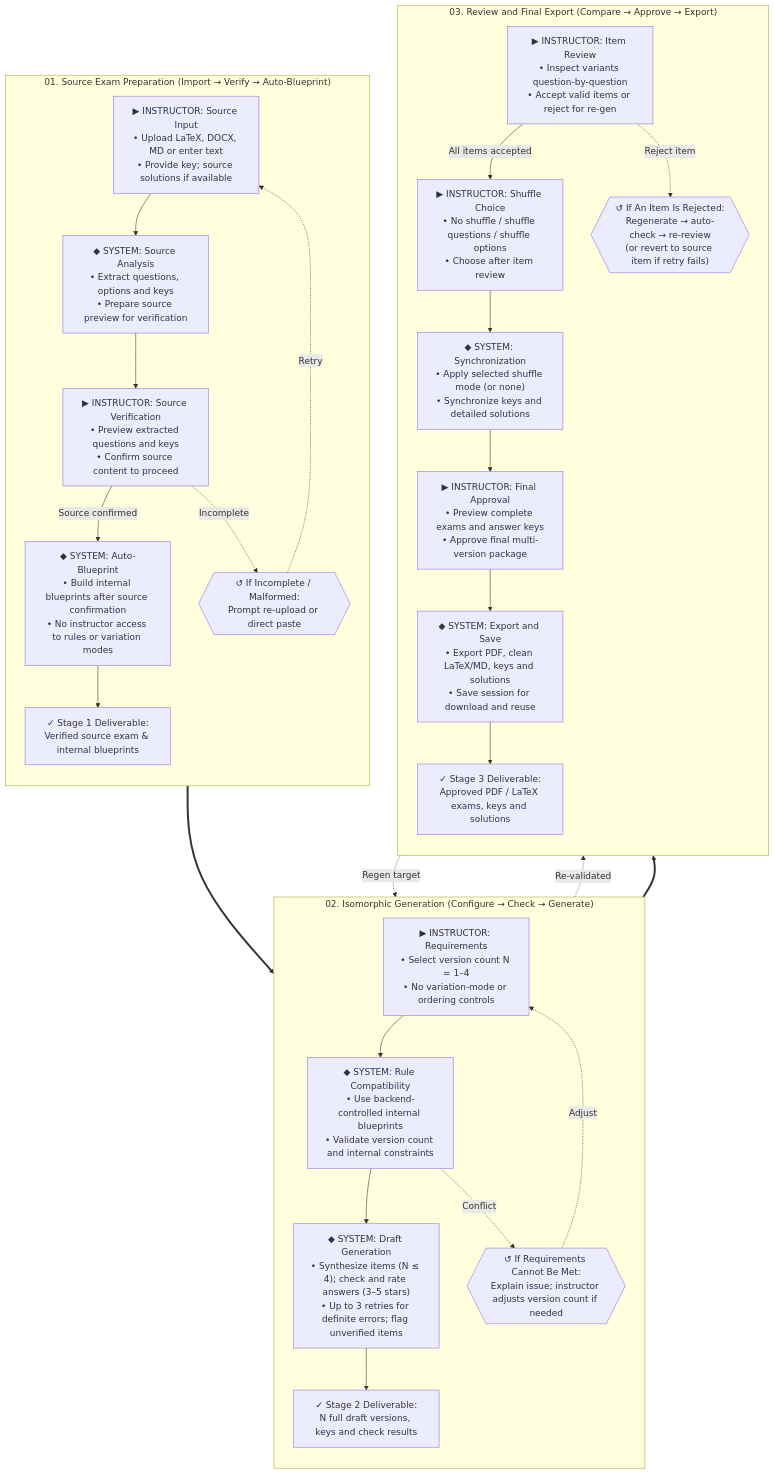
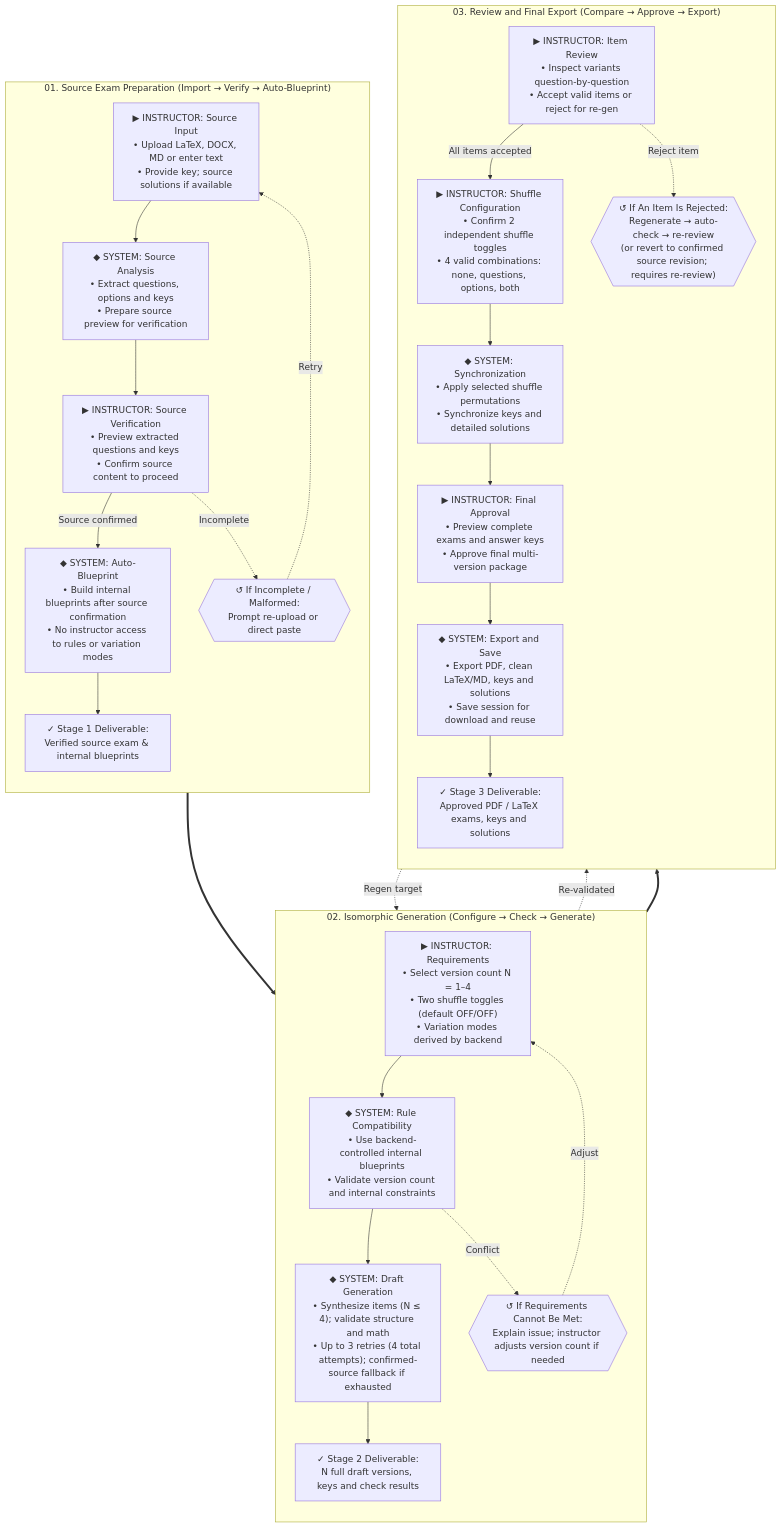
One commit to Computational-Thinking-Project/isomorphic-exam-synthesizer changed the second of 2 diagrams in docs/description.md. Above: the diagram before and after it, drawn with Mermaid. The commit also changed other lines of this file and 5 other files, not shown here.

Commit message:
docs(w4): reconcile source confirmation, shuffle and fallback contracts

````diff
--- a/docs/description.md
+++ b/docs/description.md
@@ -148,69 +148,69 @@
 ```mermaid
 flowchart TB
     %% ============================================================
     %% STAGE 1: Source Exam Preparation
     %% ============================================================
     subgraph Stage1 ["01. Source Exam Preparation (Import → Verify → Auto-Blueprint)"]
         direction TB
         S1_1["▶ INSTRUCTOR: Source Input<br/>• Upload LaTeX, DOCX, MD or enter text<br/>• Provide key; source solutions if available"]
         S1_2["◆ SYSTEM: Source Analysis<br/>• Extract questions, options and keys<br/>• Prepare source preview for verification"]
         S1_3["▶ INSTRUCTOR: Source Verification<br/>• Preview extracted questions and keys<br/>• Confirm source content to proceed"]
         S1_4["◆ SYSTEM: Auto-Blueprint<br/>• Build internal blueprints after source confirmation<br/>• No instructor access to rules or variation modes"]
         S1_Warn{{"↺ If Incomplete / Malformed:<br/>Prompt re-upload or direct paste"}}
         S1_Res["✓ Stage 1 Deliverable:<br/>Verified source exam & internal blueprints"]
 
         S1_1 --> S1_2
         S1_2 --> S1_3
         S1_3 -->|"Source confirmed"| S1_4
         S1_4 --> S1_Res
         S1_3 -. "Incomplete" .-> S1_Warn
         S1_Warn -. "Retry" .-> S1_1
     end
 
     %% ============================================================
     %% STAGE 2: Isomorphic Generation
     %% ============================================================
     subgraph Stage2 ["02. Isomorphic Generation (Configure → Check → Generate)"]
         direction TB
-        S2_1["▶ INSTRUCTOR: Requirements<br/>• Select version count N = 1–4<br/>• No variation-mode or ordering controls"]
+        S2_1["▶ INSTRUCTOR: Requirements<br/>• Select version count N = 1–4<br/>• Two shuffle toggles (default OFF/OFF)<br/>• Variation modes derived by backend"]
         S2_2["◆ SYSTEM: Rule Compatibility<br/>• Use backend-controlled internal blueprints<br/>• Validate version count and internal constraints"]
         S2_Warn{{"↺ If Requirements Cannot Be Met:<br/>Explain issue; instructor adjusts version count if needed"}}
-        S2_3["◆ SYSTEM: Draft Generation<br/>• Synthesize items (N ≤ 4); check and rate answers (3–5 stars)<br/>• Up to 3 retries for definite errors; flag unverified items"]
+        S2_3["◆ SYSTEM: Draft Generation<br/>• Synthesize items (N ≤ 4); validate structure and math<br/>• Up to 3 retries (4 total attempts); confirmed-source fallback if exhausted"]
         S2_Res["✓ Stage 2 Deliverable:<br/>N full draft versions, keys and check results"]
 
         S2_1 --> S2_2
         S2_2 --> S2_3
         S2_2 -. "Conflict" .-> S2_Warn
         S2_Warn -. "Adjust" .-> S2_1
         S2_3 --> S2_Res
     end
 
     %% ============================================================
     %% STAGE 3: Review and Final Export
     %% ============================================================
     subgraph Stage3 ["03. Review and Final Export (Compare → Approve → Export)"]
         direction TB
         S3_1["▶ INSTRUCTOR: Item Review<br/>• Inspect variants question-by-question<br/>• Accept valid items or reject for re-gen"]
-        S3_Warn{{"↺ If An Item Is Rejected:<br/>Regenerate → auto-check → re-review<br/>(or revert to source item if retry fails)"}}
-        S3_Shuffle["▶ INSTRUCTOR: Shuffle Choice<br/>• No shuffle / shuffle questions / shuffle options<br/>• Choose after item review"]
-        S3_2["◆ SYSTEM: Synchronization<br/>• Apply selected shuffle mode (or none)<br/>• Synchronize keys and detailed solutions"]
+        S3_Warn{{"↺ If An Item Is Rejected:<br/>Regenerate → auto-check → re-review<br/>(or revert to confirmed source revision; requires re-review)"}}
+        S3_Shuffle["▶ INSTRUCTOR: Shuffle Configuration<br/>• Confirm 2 independent shuffle toggles<br/>• 4 valid combinations: none, questions, options, both"]
+        S3_2["◆ SYSTEM: Synchronization<br/>• Apply selected shuffle permutations<br/>• Synchronize keys and detailed solutions"]
         S3_3["▶ INSTRUCTOR: Final Approval<br/>• Preview complete exams and answer keys<br/>• Approve final multi-version package"]
         S3_4["◆ SYSTEM: Export and Save<br/>• Export PDF, clean LaTeX/MD, keys and solutions<br/>• Save session for download and reuse"]
         S3_Res["✓ Stage 3 Deliverable:<br/>Approved PDF / LaTeX exams, keys and solutions"]
 
         S3_1 -->|"All items accepted"| S3_Shuffle
         S3_Shuffle --> S3_2
         S3_1 -. "Reject item" .-> S3_Warn
         S3_2 --> S3_3
         S3_3 --> S3_4
         S3_4 --> S3_Res
     end
 
     %% Inter-stage Transitions
     Stage1 ==> Stage2
     Stage2 ==> Stage3
 
     %% Closed Feedback Loop
     S3_Warn -. "Regen target" .-> S2_3
     S2_3 -. "Re-validated" .-> S3_1
 ```
````
